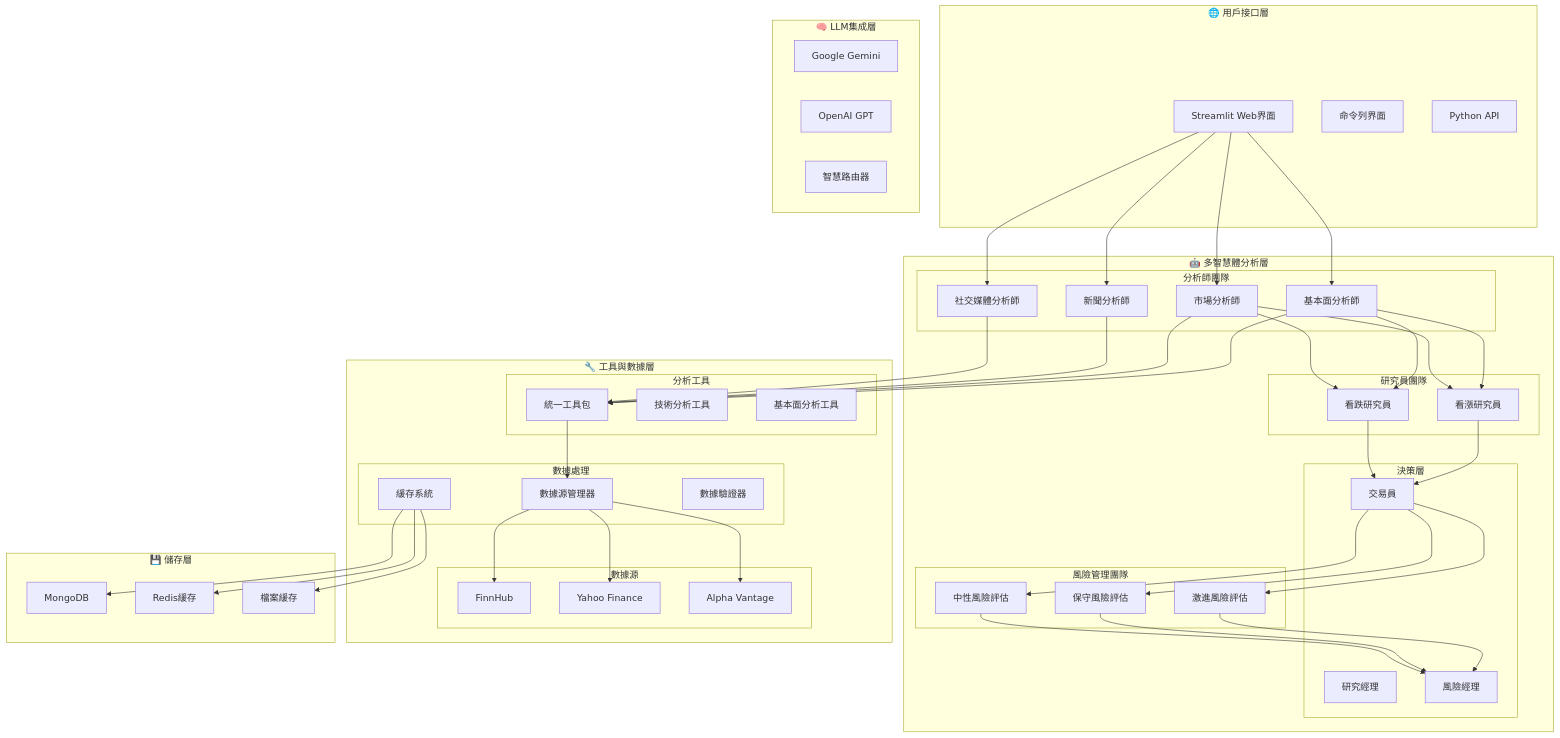
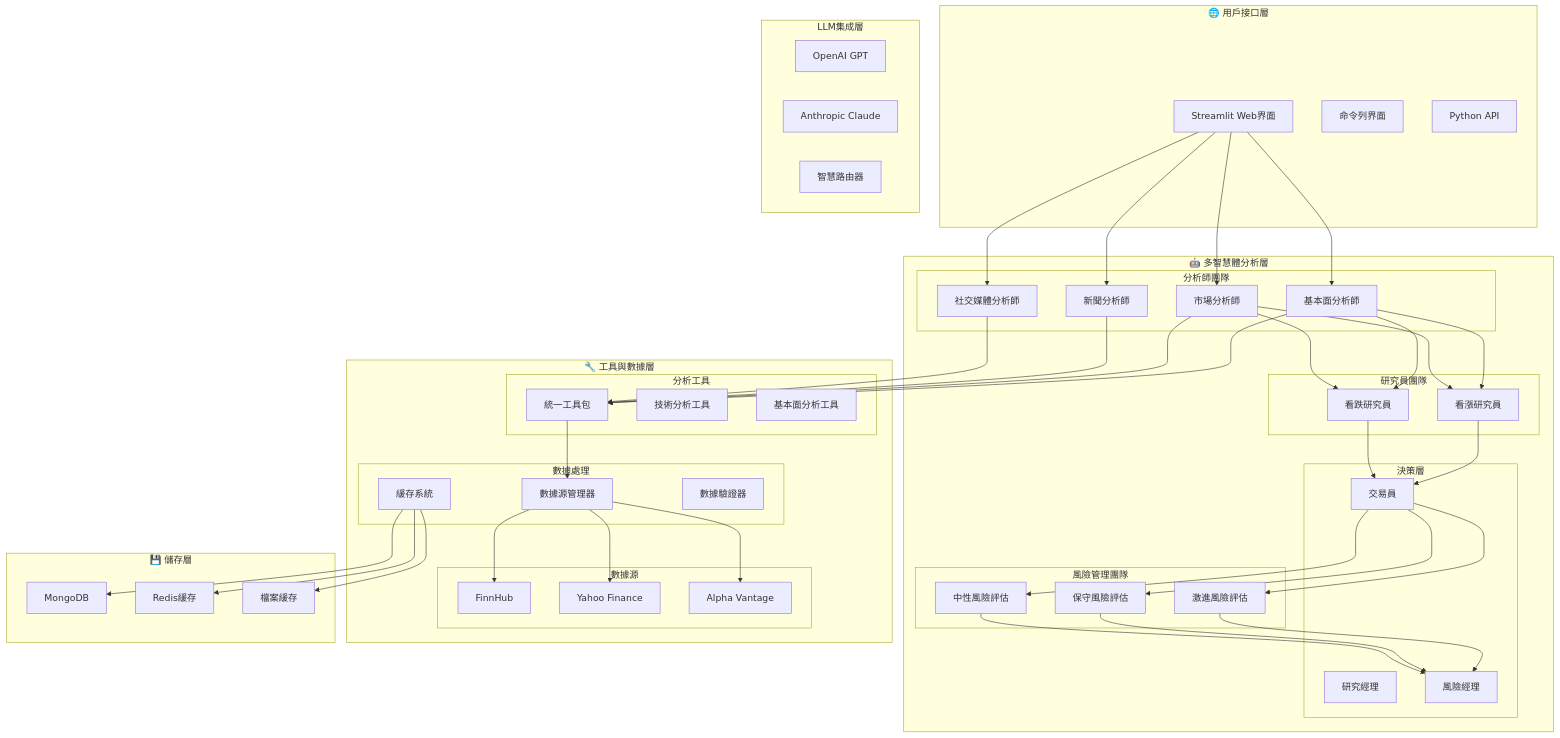
The first of 5 diagrams in docs/design/stock_analysis_system_design.md (aiinpocket/TradingAgents-CN), drawn with Mermaid before and after one commit. The commit also changed other lines of this file and 20 other files, not shown here.

First line of the commit message:
docs: 全面清理 Google AI/Gemini/OpenRouter 提供商引用

```diff
--- a/docs/design/stock_analysis_system_design.md
+++ b/docs/design/stock_analysis_system_design.md
@@ -36,9 +36,9 @@
         API[Python API]
     end
 
-    subgraph "🧠 LLM集成層"
-        GEMINI[Google Gemini]
+    subgraph "LLM集成層"
         OPENAI[OpenAI GPT]
+        ANTHROPIC[Anthropic Claude]
         ROUTER[智慧路由器]
     end
 
```
